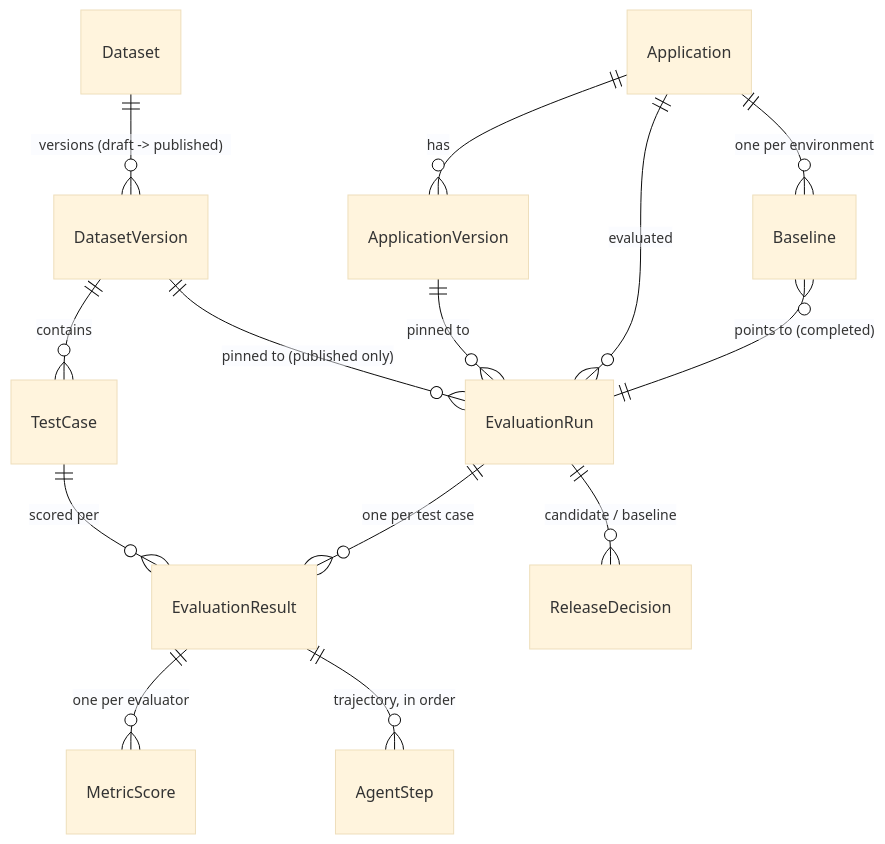
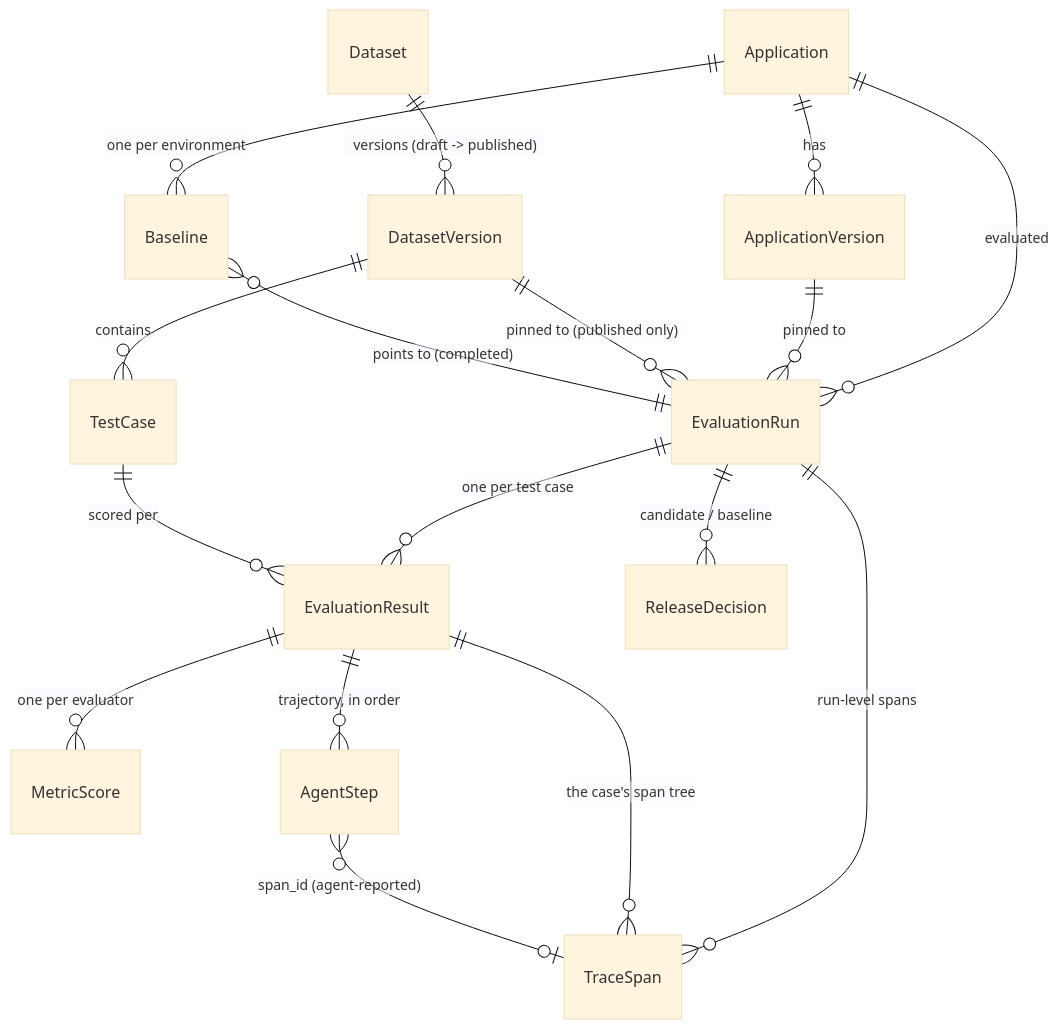
One commit to roshano3o3/agentforge changed the second of 2 diagrams in docs/architecture.md. Above: the diagram before and after it, drawn with Mermaid (base theme). The commit also changed other lines of this file and 31 other files, not shown here.

````diff
--- a/docs/architecture.md
+++ b/docs/architecture.md
@@ -97,16 +97,19 @@
 ```mermaid
 erDiagram
     Application ||--o{ ApplicationVersion : has
     Dataset ||--o{ DatasetVersion : "versions (draft -> published)"
     DatasetVersion ||--o{ TestCase : contains
     Application ||--o{ EvaluationRun : evaluated
     ApplicationVersion ||--o{ EvaluationRun : "pinned to"
     DatasetVersion ||--o{ EvaluationRun : "pinned to (published only)"
     EvaluationRun ||--o{ EvaluationResult : "one per test case"
     TestCase ||--o{ EvaluationResult : "scored per"
     EvaluationResult ||--o{ MetricScore : "one per evaluator"
     EvaluationResult ||--o{ AgentStep : "trajectory, in order"
     Application ||--o{ Baseline : "one per environment"
     Baseline }o--|| EvaluationRun : "points to (completed)"
     EvaluationRun ||--o{ ReleaseDecision : "candidate / baseline"
+    EvaluationRun ||--o{ TraceSpan : "run-level spans"
+    EvaluationResult ||--o{ TraceSpan : "the case's span tree"
+    AgentStep }o--o| TraceSpan : "span_id (agent-reported)"
 ```
````
